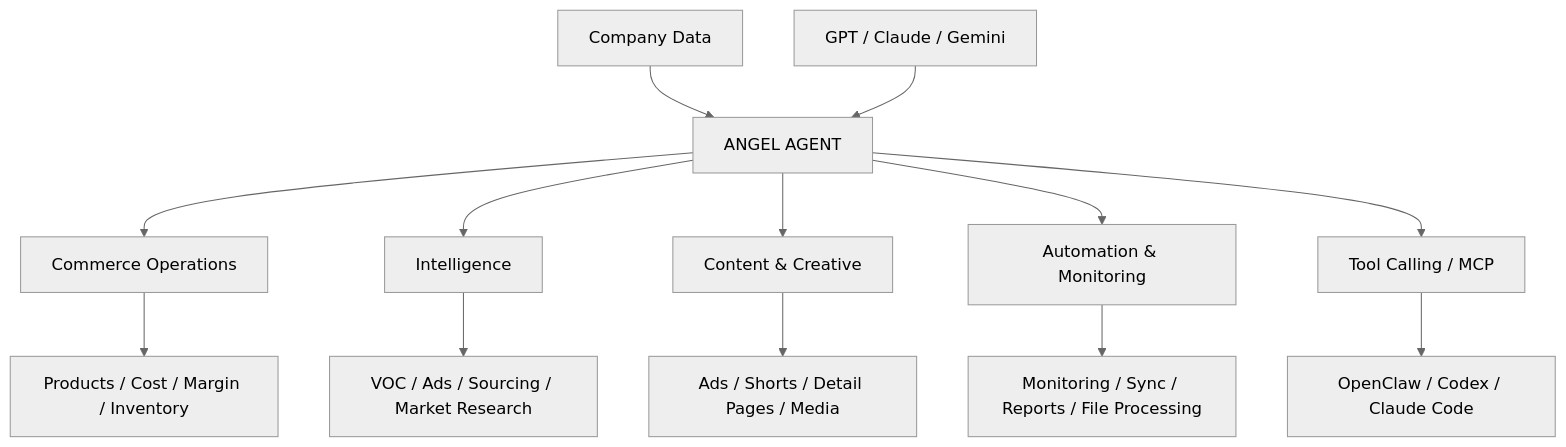
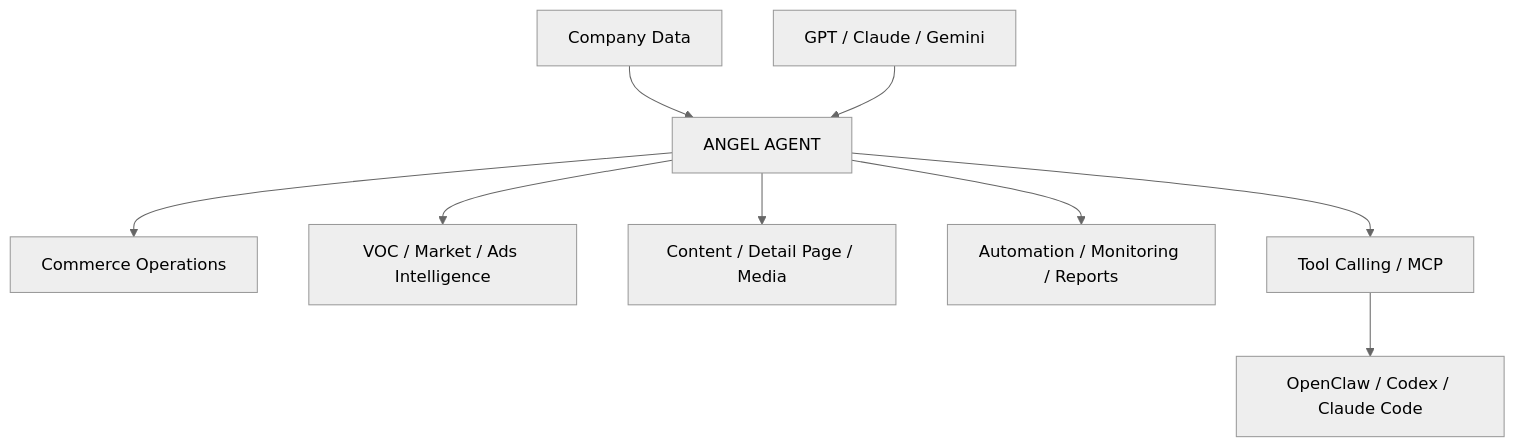
Before and after one commit to leejungwu/angel-agent: the diagram in README.md, drawn with Mermaid (neutral theme). The commit also changed other lines of this file and 1 other file, not shown here.

Commit message:
Add project roadmap

````diff
--- a/README.md
+++ b/README.md
@@ -140,31 +56,17 @@
 ```mermaid
 flowchart TD
-
     DATA[Company Data]
+    AI[GPT / Claude / Gemini]
     CORE[ANGEL AGENT]
-    AI[GPT / Claude / Gemini]
-
-    OPS[Commerce Operations]
-    INTEL[Intelligence]
-    GEN[Content & Creative]
-    AUTO[Automation & Monitoring]
-
-    INFRA[Tool Calling / MCP]
-    EXT[OpenClaw / Codex / Claude Code]
 
     DATA --> CORE
     AI --> CORE
 
-    CORE --> OPS
-    CORE --> INTEL
-    CORE --> GEN
-    CORE --> AUTO
+    CORE --> OPS[Commerce Operations]
+    CORE --> INTEL[VOC / Market / Ads Intelligence]
+    CORE --> GEN[Content / Detail Page / Media]
+    CORE --> AUTO[Automation / Monitoring / Reports]
 
-    OPS --> O1[Products / Cost / Margin / Inventory]
-    INTEL --> I1[VOC / Ads / Sourcing / Market Research]
-    GEN --> G1[Ads / Shorts / Detail Pages / Media]
-    AUTO --> A1[Monitoring / Sync / Reports / File Processing]
-
-    CORE --> INFRA
-    INFRA --> EXT
+    CORE --> MCP[Tool Calling / MCP]
+    MCP --> EXT[OpenClaw / Codex / Claude Code]
 ```
````
